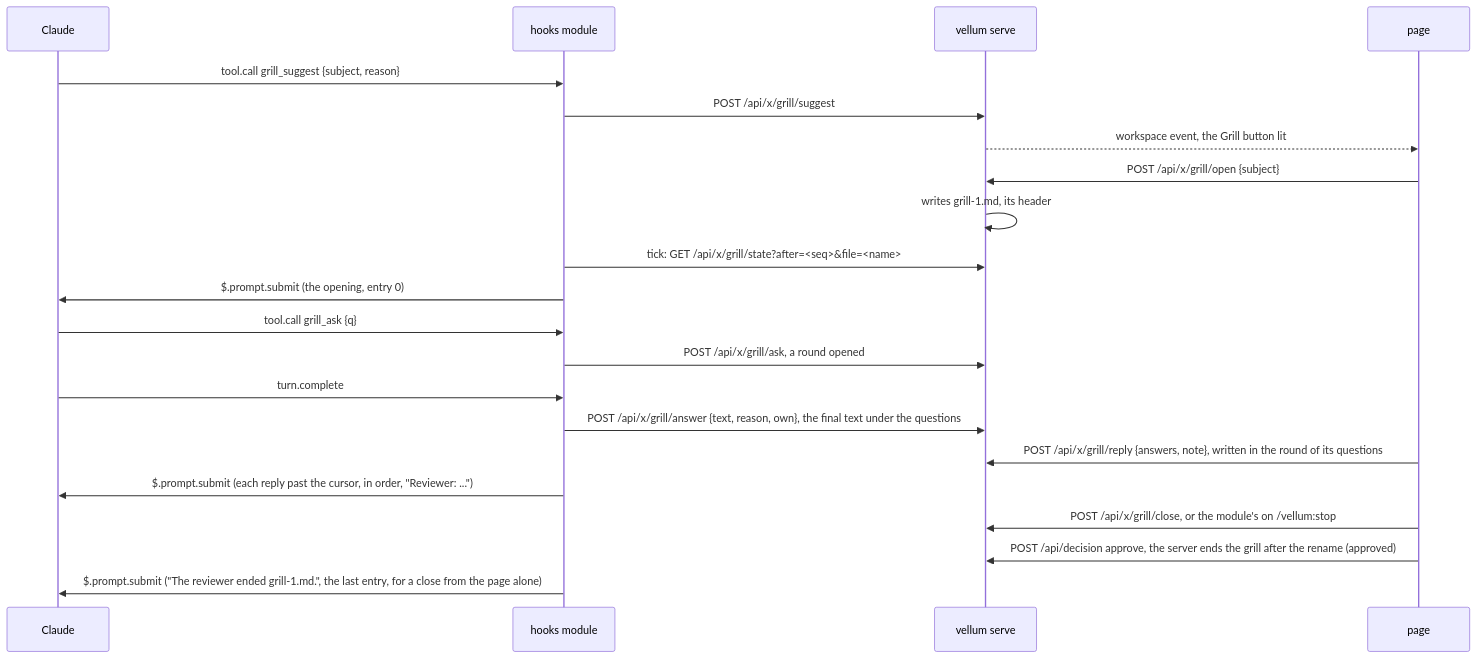
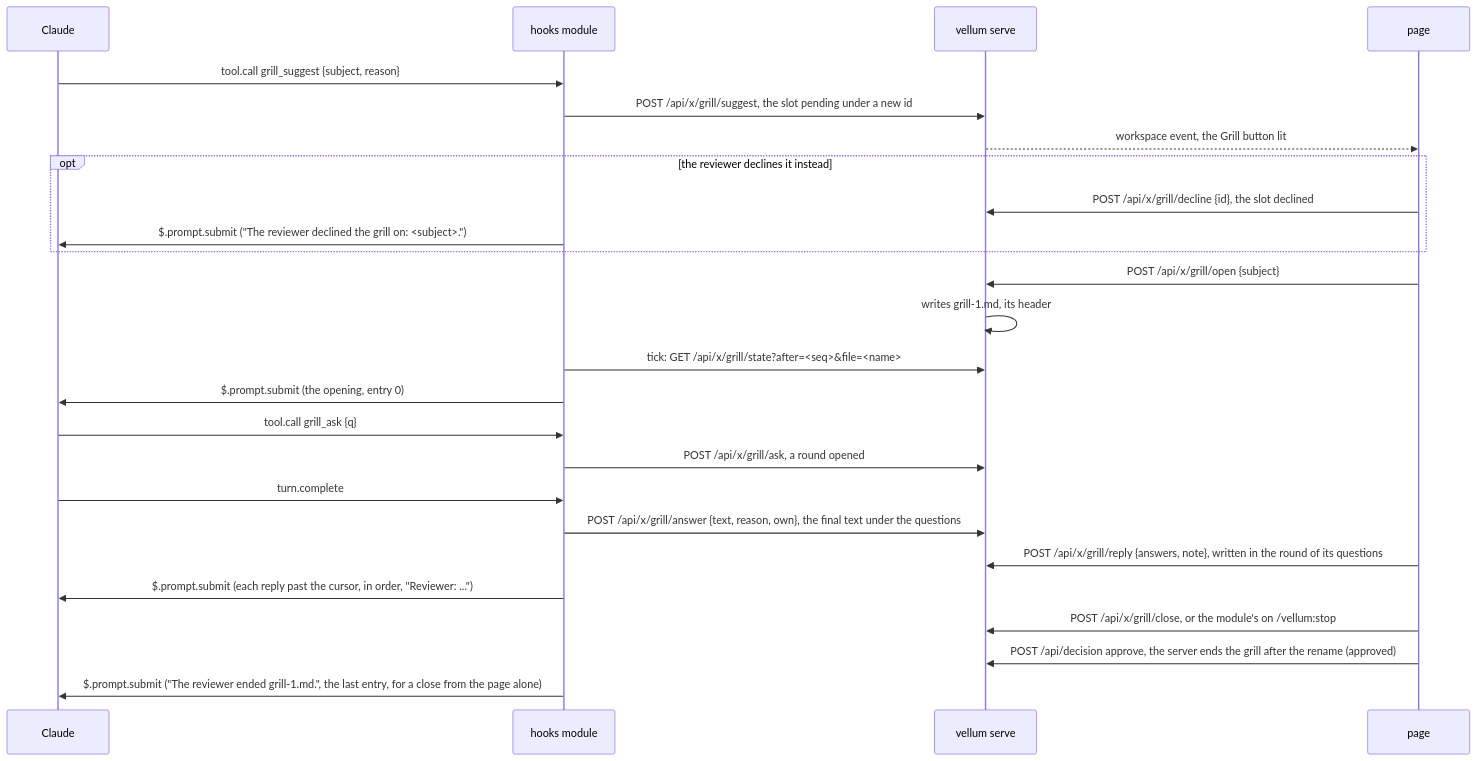
Before and after one commit to bengous/claude-code-plugins: the third of 5 diagrams in vellum/docs/architecture.md, drawn with Mermaid. The commit also changed other lines of this file and 11 other files, not shown here.

````diff
--- a/vellum/docs/architecture.md
+++ b/vellum/docs/architecture.md
@@ -116,23 +116,27 @@
 ```mermaid
 sequenceDiagram
   participant C as Claude
   participant M as hooks module
   participant S as vellum serve
   participant P as page
   C->>M: tool.call grill_suggest {subject, reason}
-  M->>S: POST /api/x/grill/suggest
+  M->>S: POST /api/x/grill/suggest, the slot pending under a new id
   S-->>P: workspace event, the Grill button lit
+  opt the reviewer declines it instead
+    P->>S: POST /api/x/grill/decline {id}, the slot declined
+    M->>C: $.prompt.submit ("The reviewer declined the grill on: <subject>.")
+  end
   P->>S: POST /api/x/grill/open {subject}
   S->>S: writes grill-1.md, its header
   M->>S: tick: GET /api/x/grill/state?after=<seq>&file=<name>
   M->>C: $.prompt.submit (the opening, entry 0)
   C->>M: tool.call grill_ask {q}
   M->>S: POST /api/x/grill/ask, a round opened
   C->>M: turn.complete
   M->>S: POST /api/x/grill/answer {text, reason, own}, the final text under the questions
   P->>S: POST /api/x/grill/reply {answers, note}, written in the round of its questions
   M->>C: $.prompt.submit (each reply past the cursor, in order, "Reviewer: ...")
   P->>S: POST /api/x/grill/close, or the module's on /vellum:stop
   P->>S: POST /api/decision approve, the server ends the grill after the rename (approved)
   M->>C: $.prompt.submit ("The reviewer ended grill-1.md.", the last entry, for a close from the page alone)
 ```
````
